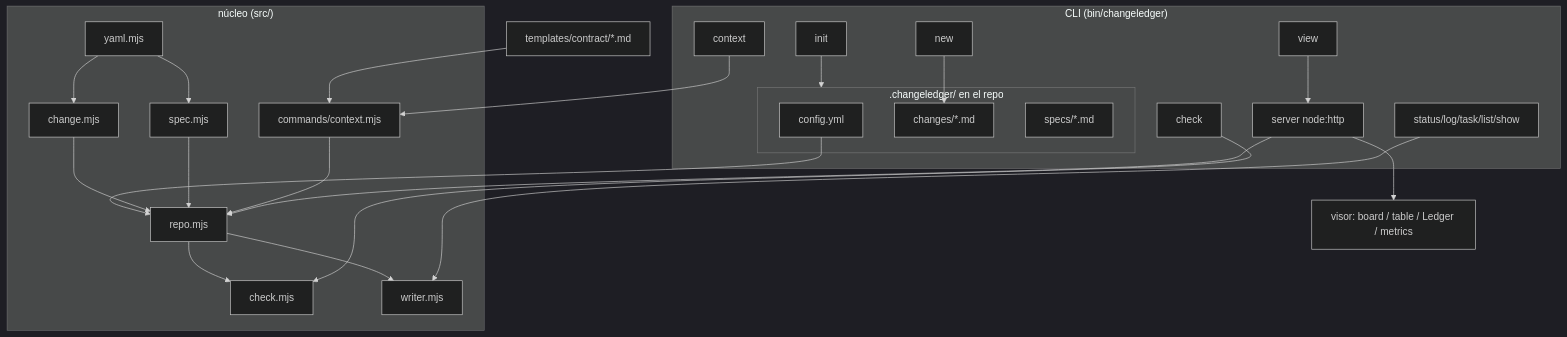
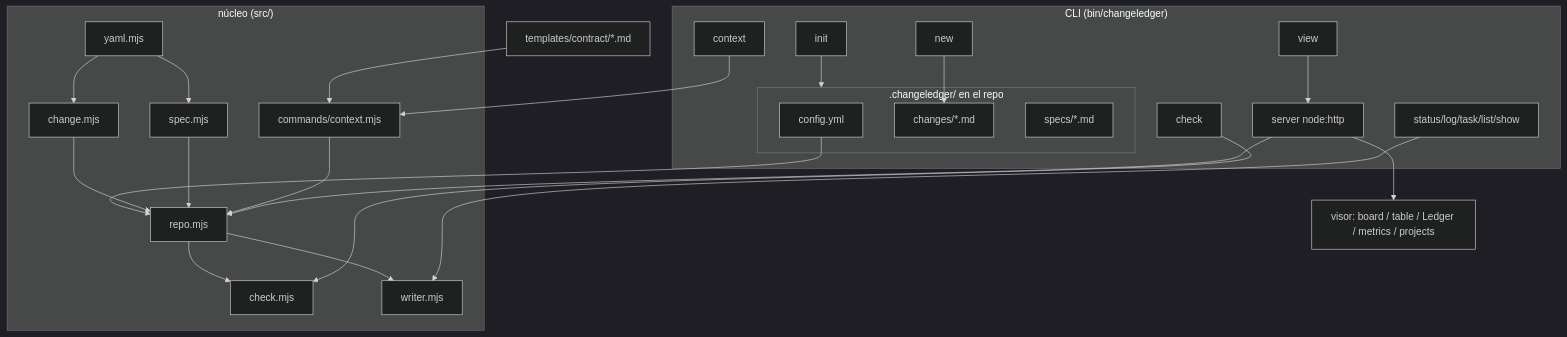
Before and after one commit to rarc88/changeledger: the diagram in .changeledger-state/specs/architecture.md, drawn with Mermaid (dark theme).

Commit message:
edit: spec architecture.md

````diff
--- a/.changeledger-state/specs/architecture.md
+++ b/.changeledger-state/specs/architecture.md
@@ -16,29 +16,29 @@
 ```mermaid
 flowchart TD
   subgraph repo[".changeledger/ en el repo"]
     CFG[config.yml]
     CH[changes/*.md]
     SP[specs/*.md]
   end
   subgraph core["núcleo (src/)"]
     YAML[yaml.mjs] --> CHANGE[change.mjs]
     YAML --> SPEC[spec.mjs]
     CFG --> REPO[repo.mjs]
     CHANGE --> REPO
     SPEC --> REPO
     REPO --> CHECK[check.mjs]
     REPO --> WRITER[writer.mjs]
     CT[commands/context.mjs] --> REPO
   end
   FRAG[templates/contract/*.md] --> CT
   subgraph cli["CLI (bin/changeledger)"]
     INIT[init] --> repo
     NEW[new] --> CH
     CHECKC[check] --> CHECK
     CONTEXT[context] --> CT
     AGENT[status/log/task/list/show] --> WRITER
     VIEW[view] --> SRV
   end
   SRV[server node:http] --> REPO
-  SRV --> UI[visor: board / table / Ledger / metrics]
+  SRV --> UI[visor: board / table / Ledger / metrics / projects]
 ```
````
